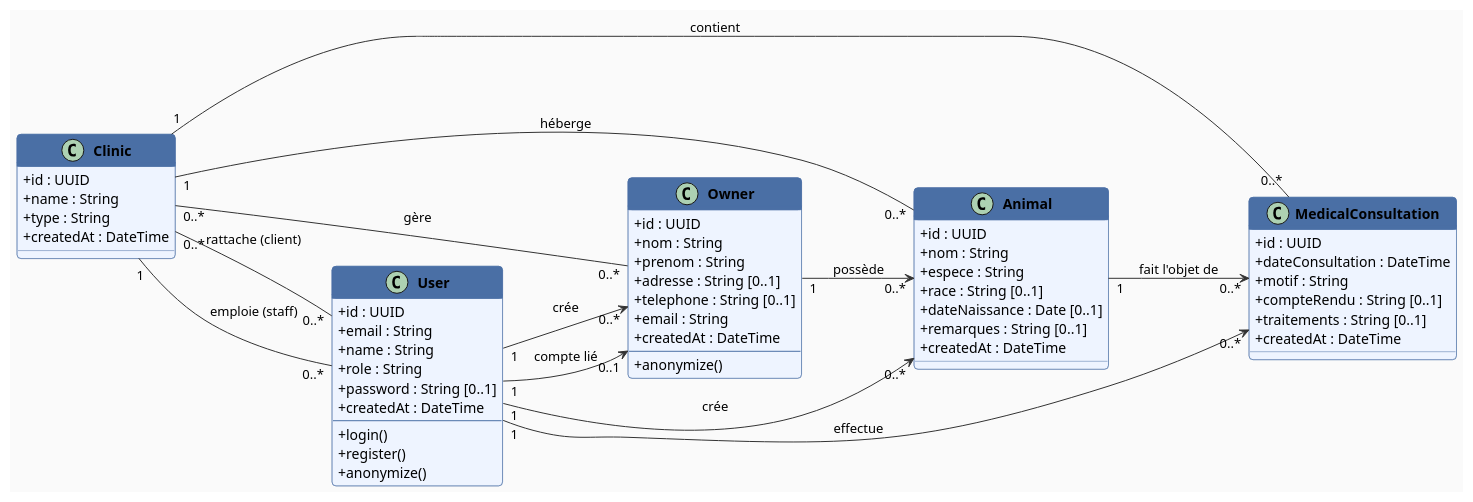
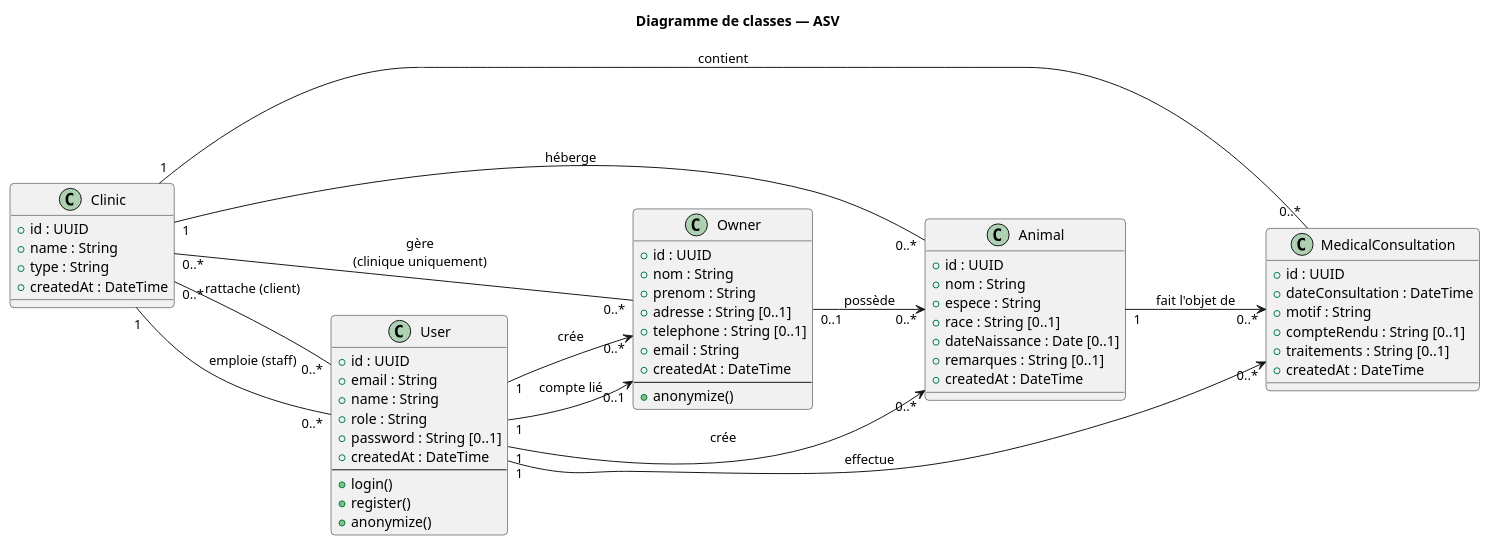
Before and after one commit to M-BEDH/ASV-infra: the second of 4 diagrams in docs/diagrammes_UML_ASV.puml, drawn with PlantUML. The commit also changed other lines of this file, not shown here.

Commit message:
Corrections relations Clinic/Owner/Animal + ajout titres  shémas + retrait skinparam color

```diff
--- a/docs/diagrammes_UML_ASV.puml
+++ b/docs/diagrammes_UML_ASV.puml
@@ -132,83 +134,75 @@
-@startuml diagramme_classes                                                                                                                                                                        
-                                                                                                                                                                                                     
-  skinparam classAttributeIconSize 0                                                                                                                                                                 
-  skinparam classFontStyle bold                                                                                                                                                                      
-  skinparam backgroundColor #FAFAFA                                                                                                                                                                  
-  skinparam class {                                                                                                                                                                                  
-      BackgroundColor #EEF4FF                                                                                                                                                                        
-      BorderColor #4A6FA5                                                                                                                                                                            
-      HeaderBackgroundColor #4A6FA5                                                                                                                                                                  
-      HeaderFontColor #FFFFFF
-      ArrowColor #333333                                                                                                                                                                             
-  }
+@startuml diagramme_classes
+
+title Diagramme de classes — ASV
+
   skinparam shadowing false                                                                                                                                                                          
   skinparam roundcorner 8
 
   left to right direction
 
   class Clinic {
       +id : UUID
       +name : String
       +type : String
       +createdAt : DateTime                                                                                                                                                                          
   }
                                                                                                                                                                                                      
   class User {    
       +id : UUID
       +email : String
       +name : String
       +role : String
       +password : String [0..1]
       +createdAt : DateTime
       --
       +login()
       +register()                                                                                                                                                                                    
       +anonymize()
   }                                                                                                                                                                                                  
                   
   class Owner {
       +id : UUID
       +nom : String
       +prenom : String
       +adresse : String [0..1]
       +telephone : String [0..1]
       +email : String
       +createdAt : DateTime                                                                                                                                                                          
       --
       +anonymize()                                                                                                                                                                                   
   }               
 
   class Animal {
       +id : UUID
       +nom : String
       +espece : String
       +race : String [0..1]
       +dateNaissance : Date [0..1]
       +remarques : String [0..1]                                                                                                                                                                     
       +createdAt : DateTime
   }                                                                                                                                                                                                  
                   
   class MedicalConsultation {
       +id : UUID
       +dateConsultation : DateTime
       +motif : String
       +compteRendu : String [0..1]
       +traitements : String [0..1]                                                                                                                                                                   
       +createdAt : DateTime
   }                                                                                                                                                                                                  
                   
   Clinic "1" -- "0..*" User : emploie (staff)
   Clinic "0..*" -- "0..*" User : rattache (client)
-  Clinic "0..*" -- "0..*" Owner : gère                                                                                                                                                               
+  Clinic "0..*" -- "0..*" Owner : gère\n(clinique uniquement)                                                                                                                                                               
   Clinic "1" -- "0..*" Animal : héberge
   Clinic "1" -- "0..*" MedicalConsultation : contient                                                                                                                                                
                                                                                                                                                                                                      
   User "1" --> "0..*" Owner : crée
   User "1" --> "0..1" Owner : compte lié                                                                                                                                                             
   User "1" --> "0..*" Animal : crée
   User "1" --> "0..*" MedicalConsultation : effectue
                                                                                                                                                                                                      
-  Owner "1" --> "0..*" Animal : possède
+  Owner "0..1" --> "0..*" Animal : possède
   Animal "1" --> "0..*" MedicalConsultation : fait l'objet de                                                                                                                                        
                   
   @enduml
```
